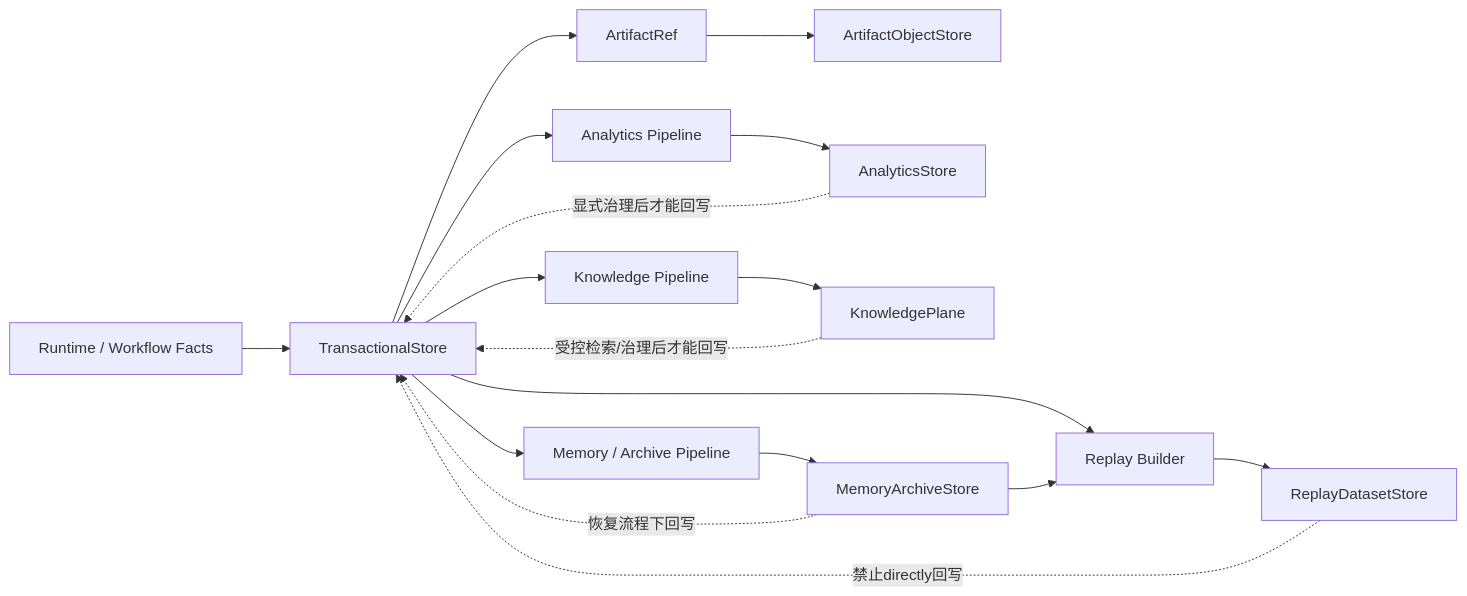
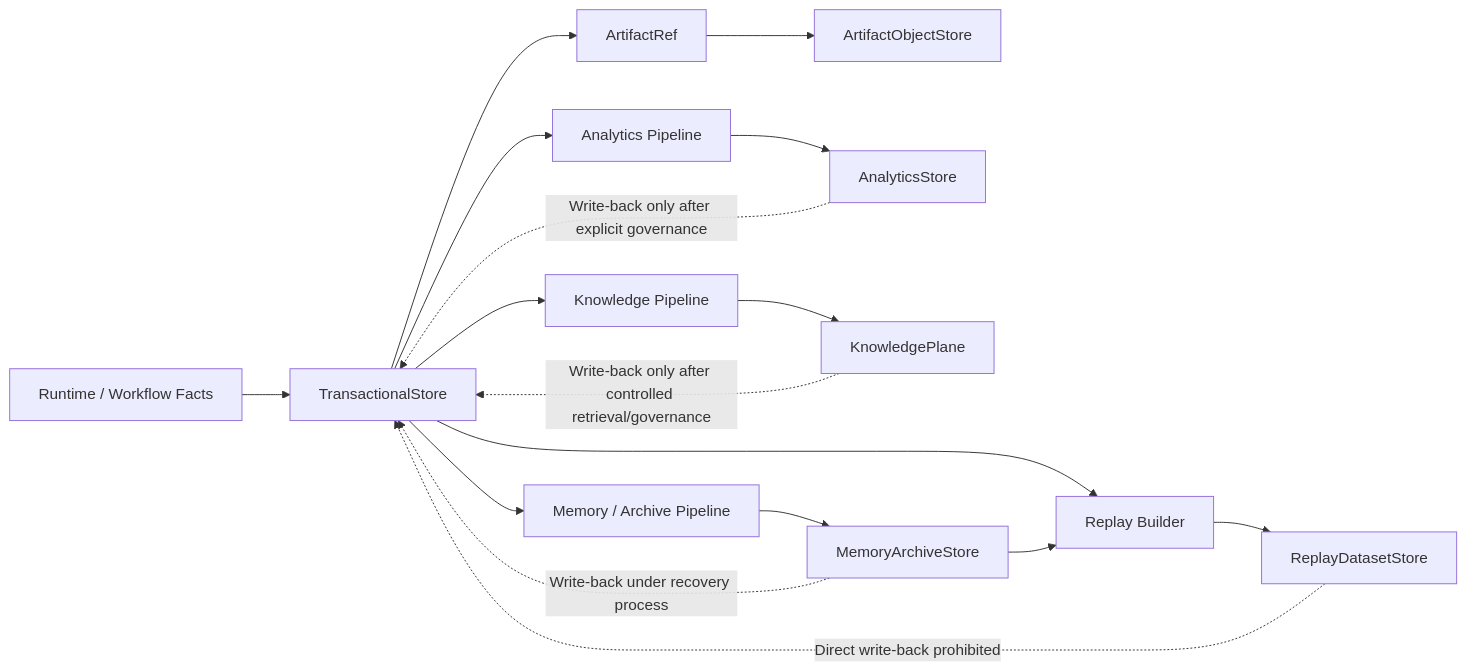
The second of 3 diagrams in docs_en/contracts/data_plane_contract.md (HoldenShen-hz/automatic-agent-platform), drawn with Mermaid before and after one commit. The commit also changed other lines of this file and 128 other files, not shown here.

Commit message:
docs: update contracts README and platform architecture documentation

````diff
--- a/docs_en/contracts/data_plane_contract.md
+++ b/docs_en/contracts/data_plane_contract.md
@@ -185,20 +185,20 @@
 ```mermaid
 flowchart LR
     A["Runtime / Workflow Facts"] --> B["TransactionalStore"]
     B --> C["ArtifactRef"]
     C --> D["ArtifactObjectStore"]
     B --> E["Analytics Pipeline"]
     E --> F["AnalyticsStore"]
     B --> K["Knowledge Pipeline"]
     K --> L["KnowledgePlane"]
     B --> G["Memory / Archive Pipeline"]
     G --> H["MemoryArchiveStore"]
     B --> I["Replay Builder"]
     H --> I
     I --> J["ReplayDatasetStore"]
 
-    F -. "显式治理后才能回写" .-> B
-    L -. "受控检索/治理后才能回写" .-> B
-    H -. "恢复流程下回写" .-> B
-    J -. "禁止directly回写" .-> B
+    F -. "Write-back only after explicit governance" .-> B
+    L -. "Write-back only after controlled retrieval/governance" .-> B
+    H -. "Write-back under recovery process" .-> B
+    J -. "Direct write-back prohibited" .-> B
 ```
````
